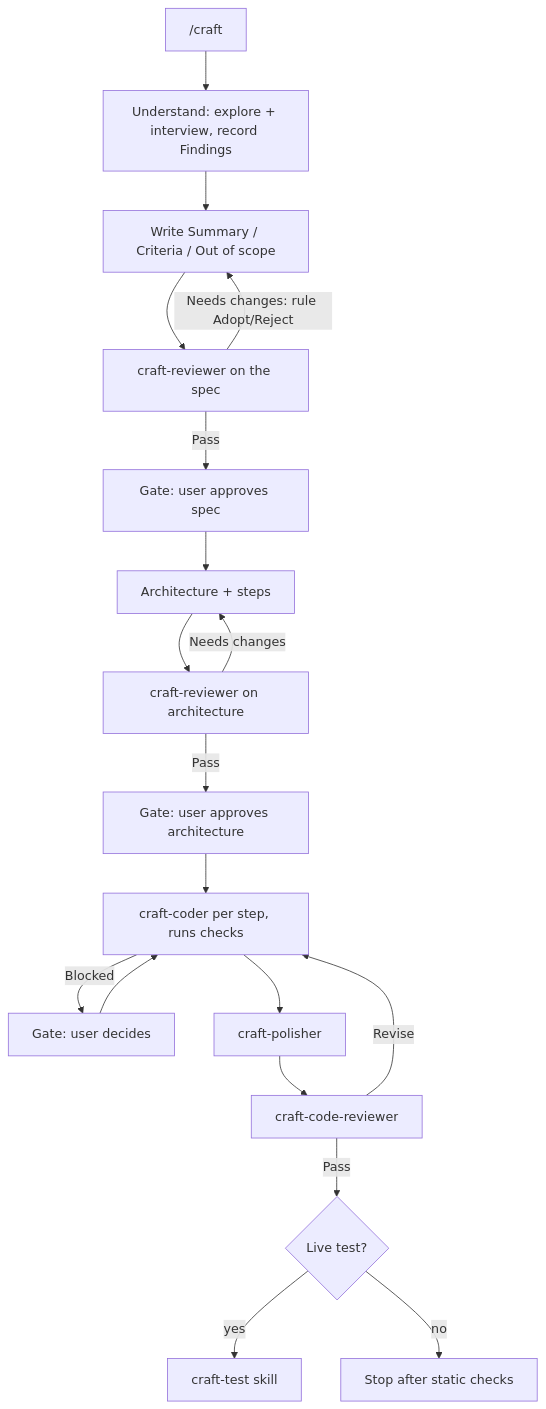
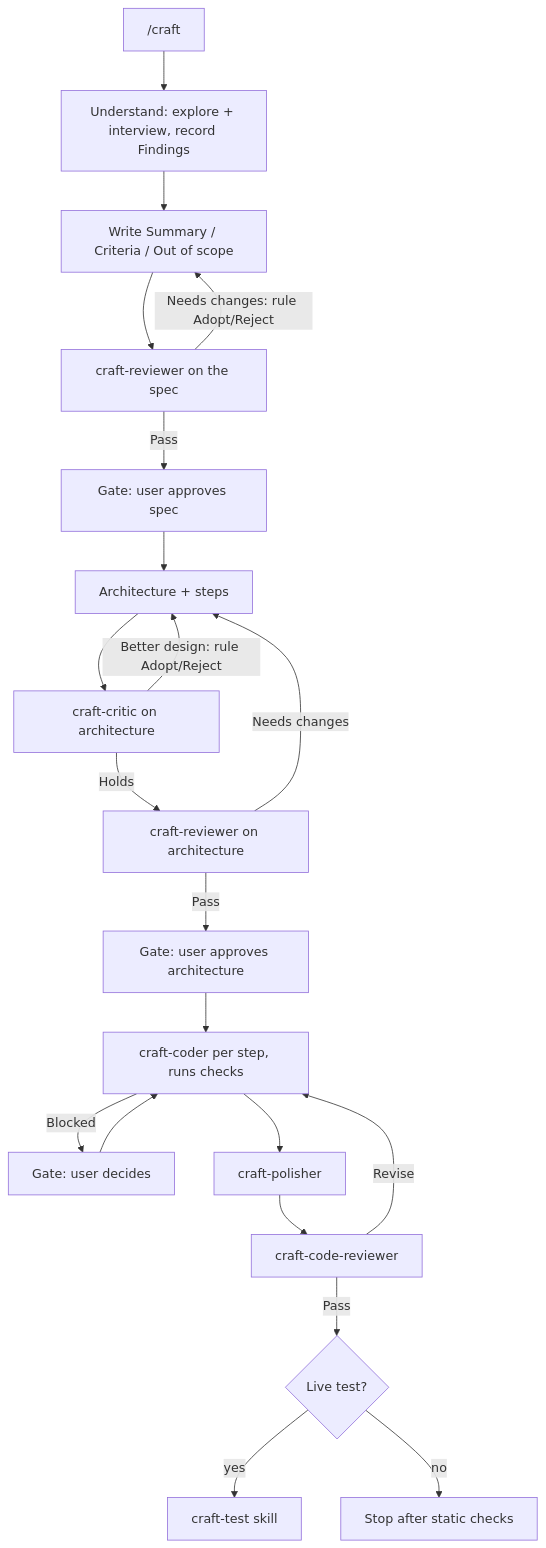
One commit to AidenHadisi/craft changed the diagram in README.md. Above: the diagram before and after it, drawn with Mermaid. The commit also changed other lines of this file and 3 other files, not shown here.

First line of the commit message:
refactor: make craft-reviewer and craft-code-reviewer single-job gates

````diff
--- a/README.md
+++ b/README.md
@@ -35,21 +35,23 @@
 ```mermaid
 flowchart TD
     start["/craft"] --> understand["Understand: explore + interview, record Findings"]
     understand --> spec["Write Summary / Criteria / Out of scope"]
     spec --> specReview["craft-reviewer on the spec"]
     specReview -->|"Needs changes: rule Adopt/Reject"| spec
     specReview -->|Pass| specGate["Gate: user approves spec"]
     specGate --> arch["Architecture + steps"]
-    arch --> archReview["craft-reviewer on architecture"]
+    arch --> archCritic["craft-critic on architecture"]
+    archCritic -->|"Better design: rule Adopt/Reject"| arch
+    archCritic -->|Holds| archReview["craft-reviewer on architecture"]
     archReview -->|"Needs changes"| arch
     archReview -->|Pass| archGate["Gate: user approves architecture"]
     archGate --> coder["craft-coder per step, runs checks"]
     coder -->|Blocked| unblock["Gate: user decides"]
     unblock --> coder
     coder --> polish["craft-polisher"]
     polish --> codeReview["craft-code-reviewer"]
     codeReview -->|Revise| coder
     codeReview -->|Pass| live{"Live test?"}
     live -->|yes| test["craft-test skill"]
     live -->|no| stop["Stop after static checks"]
 ```
````
